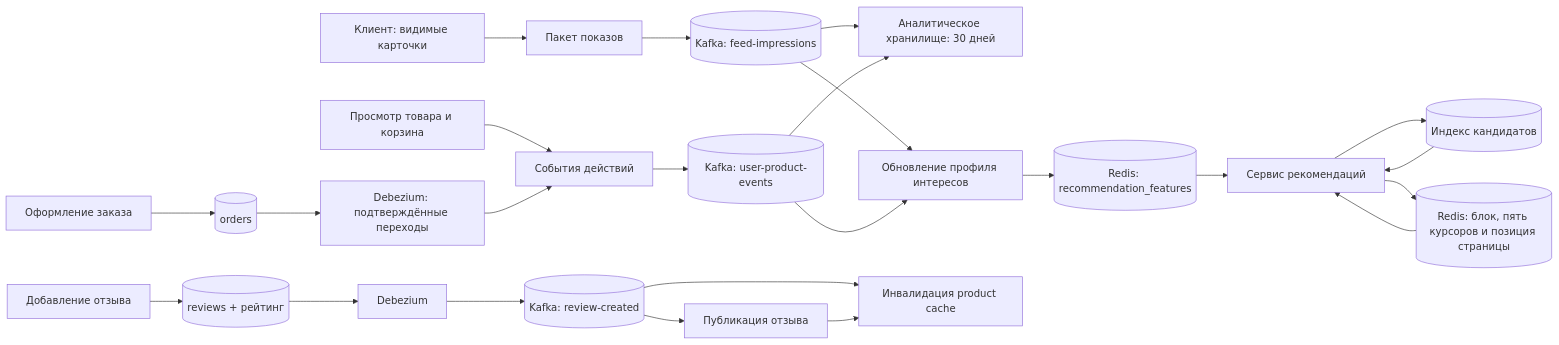
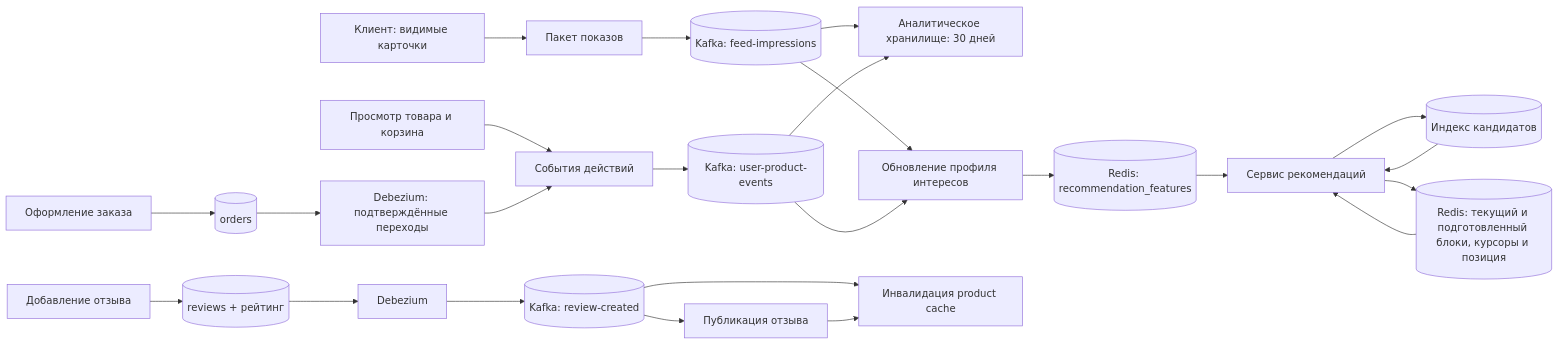
One commit to amklimenkov752/tp_highload_2026 changed the fourth of 9 diagrams in README.md. Above: the diagram before and after it, drawn with Mermaid. The commit also changed other lines of this file, not shown here.

````diff
--- a/README.md
+++ b/README.md
@@ -830,27 +830,27 @@
 ```mermaid
 flowchart LR
     UI[Клиент: видимые карточки] --> TE[Пакет показов]
     A[Просмотр товара и корзина] --> UE[События действий]
     O[Оформление заказа] --> OB[(orders)]
     OB --> CDC[Debezium: подтверждённые переходы]
     CDC --> UE
     TE --> E[(Kafka: feed-impressions)]
     UE --> EV[(Kafka: user-product-events)]
     E --> AN[Аналитическое хранилище: 30 дней]
     EV --> AN
     E --> FC[Обновление профиля интересов]
     EV --> FC
     FC --> KV[(Redis: recommendation_features)]
     KV --> RS[Сервис рекомендаций]
     RS --> FI[(Индекс кандидатов)]
     FI --> RS
-    RS --> FE[(Redis: блок, пять курсоров и позиция страницы)]
+    RS --> FE[(Redis: текущий и подготовленный блоки, курсоры и позиция)]
     FE --> RS
 
     R[Добавление отзыва] --> DB[(reviews + рейтинг)]
     DB --> RCDC[Debezium]
     RCDC --> RE[(Kafka: review-created)]
     RE --> RP[Публикация отзыва]
     RE --> PC[Инвалидация product cache]
     RP --> PC
 ```
````
